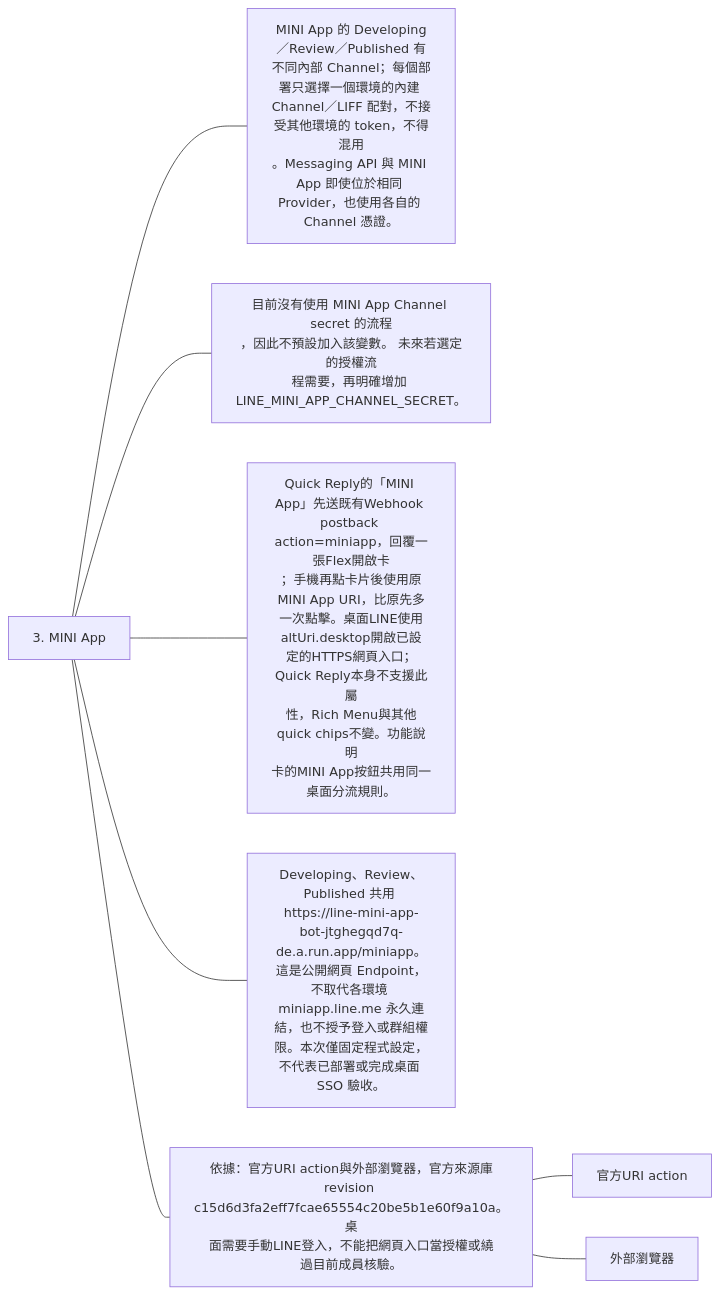
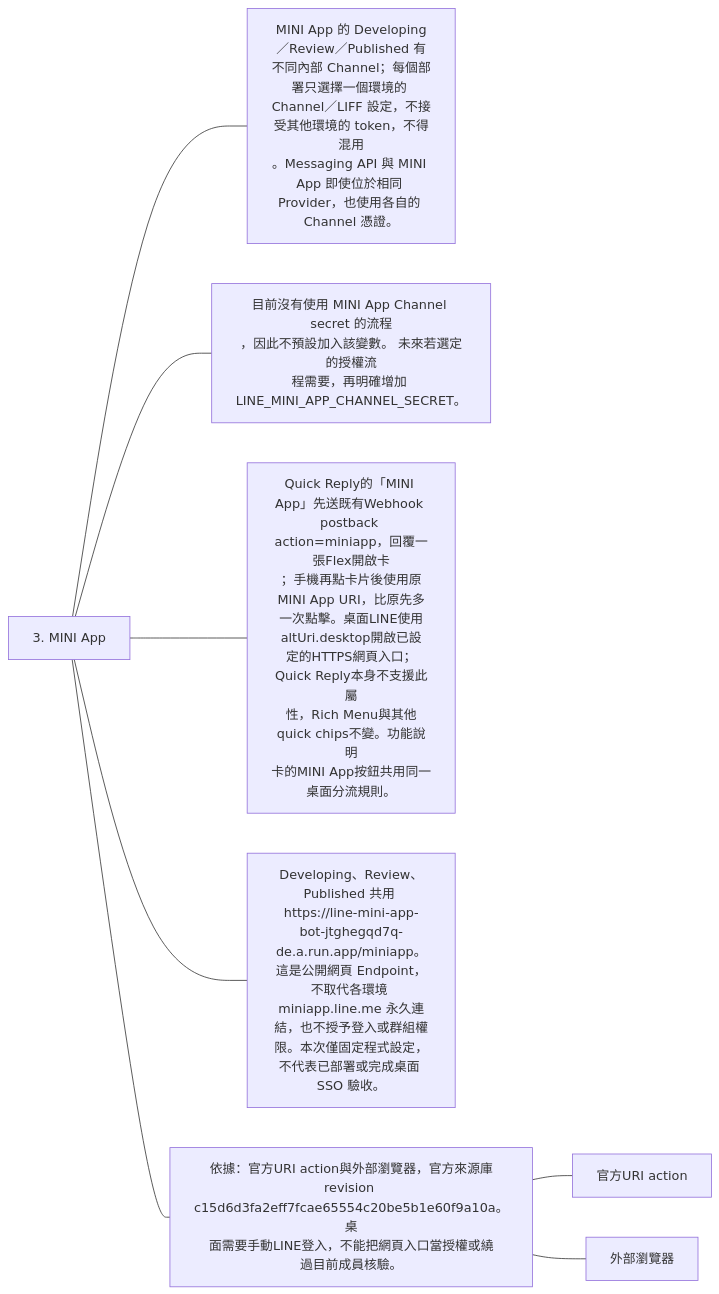
Before and after one commit to 963sup/line-mini-app-bot: the seventh of 9 diagrams in docs/architecture/integrations/line-environment.md, drawn with Mermaid. The commit also changed other lines of this file and 18 other files, not shown here.

First line of the commit message:
refactor(config): select MINI App profiles from runtime environment (#36)

````diff
--- a/docs/architecture/integrations/line-environment.md
+++ b/docs/architecture/integrations/line-environment.md
@@ -54,13 +54,13 @@
 ```mermaid
 flowchart LR
   h["3. MINI App"]
-  h --- n0["MINI App 的 Developing／Review／Published 有<br/>不同內部 Channel；每個部署只選擇一個環境的內建 Channel／LIFF 配對，不接受其他環境的 token，不得混用<br/>。Messaging API 與 MINI App 即使位於相同 <br/>Provider，也使用各自的 Channel 憑證。"]
+  h --- n0["MINI App 的 Developing／Review／Published 有<br/>不同內部 Channel；每個部署只選擇一個環境的 Channel／LIFF 設定，不接受其他環境的 token，不得混用<br/>。Messaging API 與 MINI App 即使位於相同 <br/>Provider，也使用各自的 Channel 憑證。"]
   h --- n1["目前沒有使用 MINI App Channel secret 的流程<br/>，因此不預設加入該變數。 未來若選定的授權流<br/>程需要，再明確增加 <br/>LINE_MINI_APP_CHANNEL_SECRET。"]
   h --- n2["Quick Reply的「MINI App」先送既有Webhook <br/>postback action=miniapp，回覆一張Flex開啟卡<br/>；手機再點卡片後使用原MINI App URI，比原先多<br/>一次點擊。桌面LINE使用altUri.desktop開啟已設<br/>定的HTTPS網頁入口；Quick Reply本身不支援此屬<br/>性，Rich Menu與其他quick chips不變。功能說明<br/>卡的MINI App按鈕共用同一桌面分流規則。"]
   h --- n3["Developing、Review、Published 共用 https://line-mini-app-bot-jtghegqd7q-de.a.run.app/miniapp。這是公開網頁 Endpoint，不取代各環境 miniapp.line.me 永久連結，也不授予登入或群組權限。本次僅固定程式設定，不代表已部署或完成桌面 SSO 驗收。"]
   h --- n4["依據：官方URI action與外部瀏覽器，官方來源庫<br/>revision <br/>c15d6d3fa2eff7fcae65554c20be5b1e60f9a10a。桌<br/>面需要手動LINE登入，不能把網頁入口當授權或繞<br/>過目前成員核驗。"]
   n4 --- n4l0["官方URI action"]
   click n4l0 "https://developers.line.biz/en/reference/messaging-api/#uri-action"
   n4 --- n4l1["外部瀏覽器"]
   click n4l1 "https://developers.line.biz/en/docs/line-mini-app/develop/external-browser/"
 ```
````
